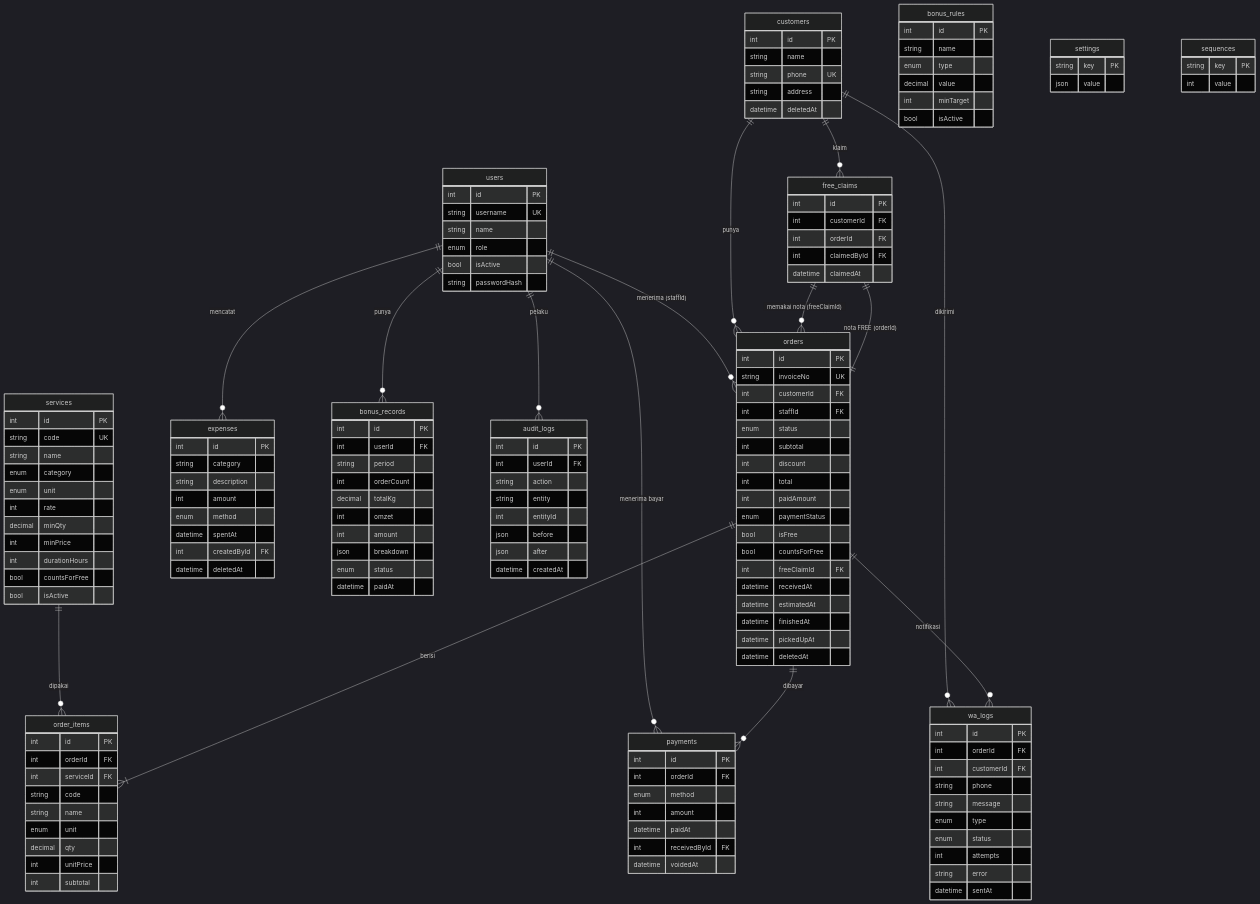
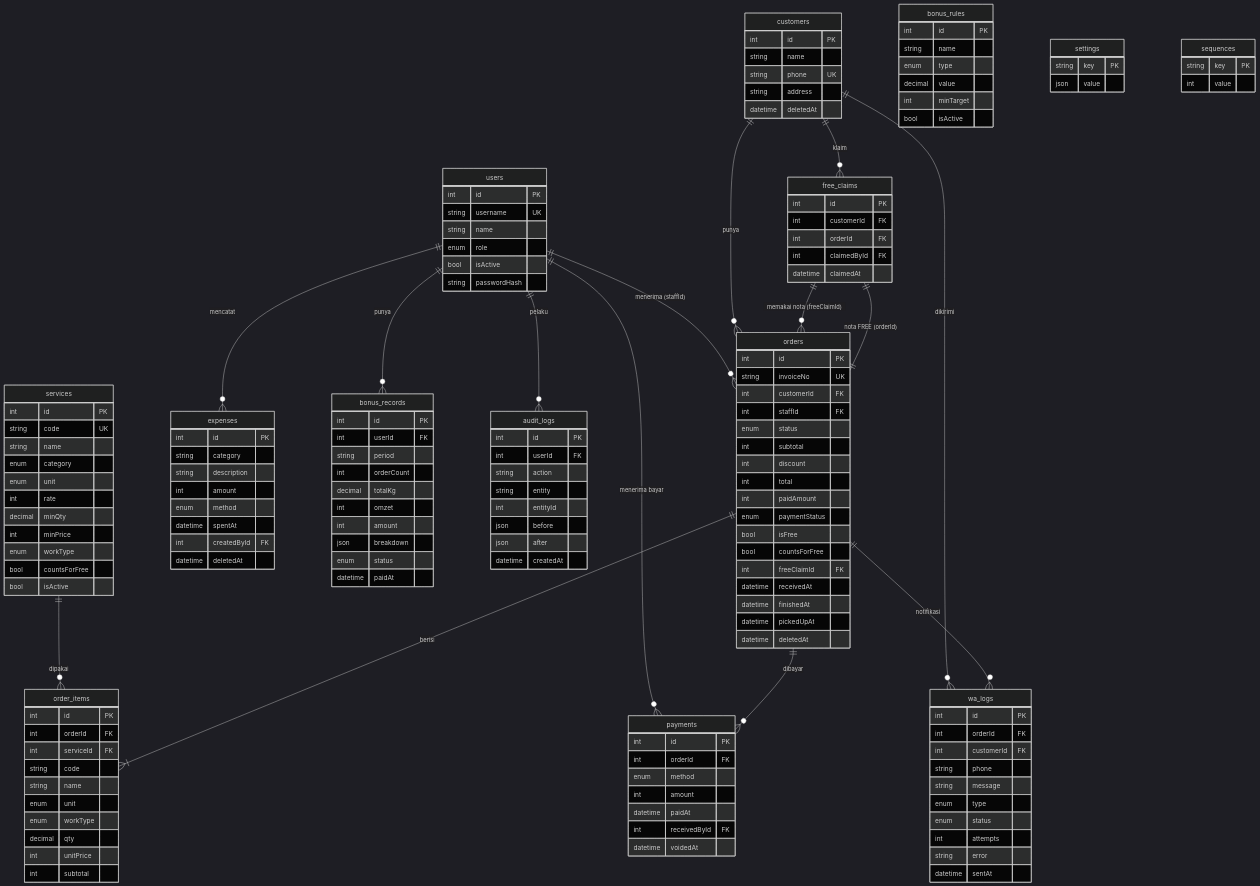
Before and after one commit to sadani-tech/djotos-laundry: the diagram in docs/02-erd-api.md, drawn with Mermaid (dark theme). The commit also changed other lines of this file and 29 other files, not shown here.

First line of the commit message:
Hapus estimasi jam, pisah kg cuci/setrika di performa staff, FREE menumpuk tanpa pengingat ke customer

````diff
--- a/docs/02-erd-api.md
+++ b/docs/02-erd-api.md
@@ -4,32 +4,32 @@
 ```mermaid
 erDiagram
   users ||--o{ orders : "menerima (staffId)"
   users ||--o{ payments : "menerima bayar"
   users ||--o{ expenses : "mencatat"
   users ||--o{ bonus_records : "punya"
   users ||--o{ audit_logs : "pelaku"
   customers ||--o{ orders : "punya"
   customers ||--o{ free_claims : "klaim"
   customers ||--o{ wa_logs : "dikirimi"
   services ||--o{ order_items : "dipakai"
   orders ||--|{ order_items : "berisi"
   orders ||--o{ payments : "dibayar"
   orders ||--o{ wa_logs : "notifikasi"
   free_claims ||--o{ orders : "memakai nota (freeClaimId)"
   free_claims ||--|| orders : "nota FREE (orderId)"
 
   users { int id PK  string username UK  string name  enum role  bool isActive  string passwordHash }
   customers { int id PK  string name  string phone UK  string address  datetime deletedAt }
-  services { int id PK  string code UK  string name  enum category  enum unit  int rate  decimal minQty  int minPrice  int durationHours  bool countsForFree  bool isActive }
-  orders { int id PK  string invoiceNo UK  int customerId FK  int staffId FK  enum status  int subtotal  int discount  int total  int paidAmount  enum paymentStatus  bool isFree  bool countsForFree  int freeClaimId FK  datetime receivedAt  datetime estimatedAt  datetime finishedAt  datetime pickedUpAt  datetime deletedAt }
-  order_items { int id PK  int orderId FK  int serviceId FK  string code  string name  enum unit  decimal qty  int unitPrice  int subtotal }
+  services { int id PK  string code UK  string name  enum category  enum unit  int rate  decimal minQty  int minPrice  enum workType  bool countsForFree  bool isActive }
+  orders { int id PK  string invoiceNo UK  int customerId FK  int staffId FK  enum status  int subtotal  int discount  int total  int paidAmount  enum paymentStatus  bool isFree  bool countsForFree  int freeClaimId FK  datetime receivedAt  datetime finishedAt  datetime pickedUpAt  datetime deletedAt }
+  order_items { int id PK  int orderId FK  int serviceId FK  string code  string name  enum unit  enum workType  decimal qty  int unitPrice  int subtotal }
   payments { int id PK  int orderId FK  enum method  int amount  datetime paidAt  int receivedById FK  datetime voidedAt }
   expenses { int id PK  string category  string description  int amount  enum method  datetime spentAt  int createdById FK  datetime deletedAt }
   free_claims { int id PK  int customerId FK  int orderId FK  int claimedById FK  datetime claimedAt }
   bonus_rules { int id PK  string name  enum type  decimal value  int minTarget  bool isActive }
   bonus_records { int id PK  int userId FK  string period  int orderCount  decimal totalKg  int omzet  int amount  json breakdown  enum status  datetime paidAt }
   wa_logs { int id PK  int orderId FK  int customerId FK  string phone  string message  enum type  enum status  int attempts  string error  datetime sentAt }
   settings { string key PK  json value }
   sequences { string key PK  int value }
   audit_logs { int id PK  int userId FK  string action  string entity  int entityId  json before  json after  datetime createdAt }
 ```
````
